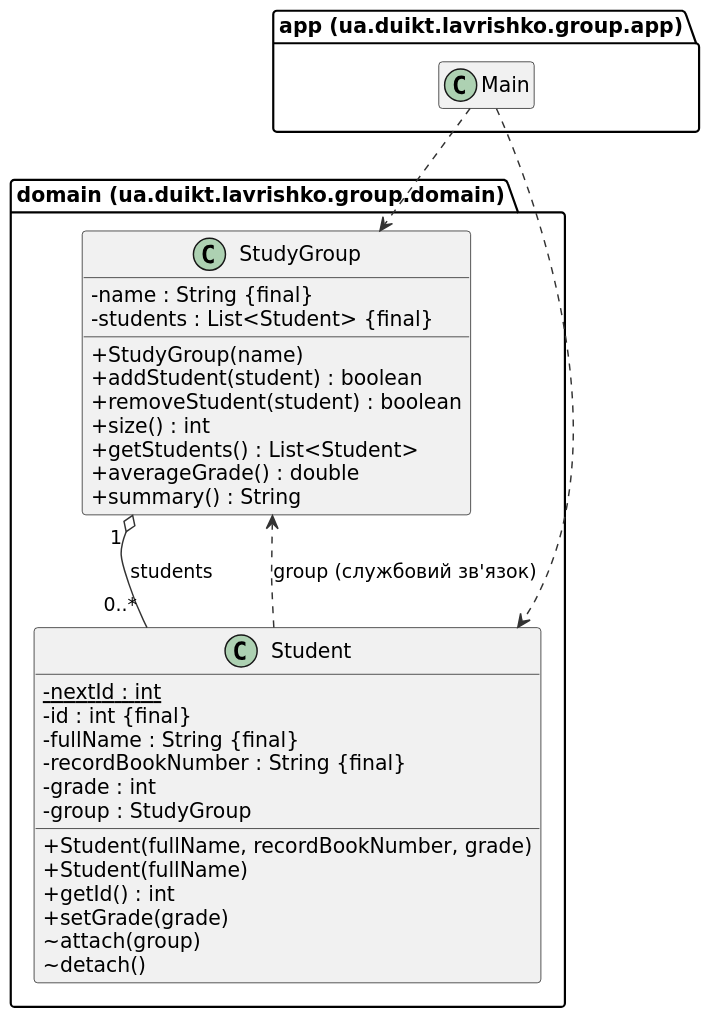
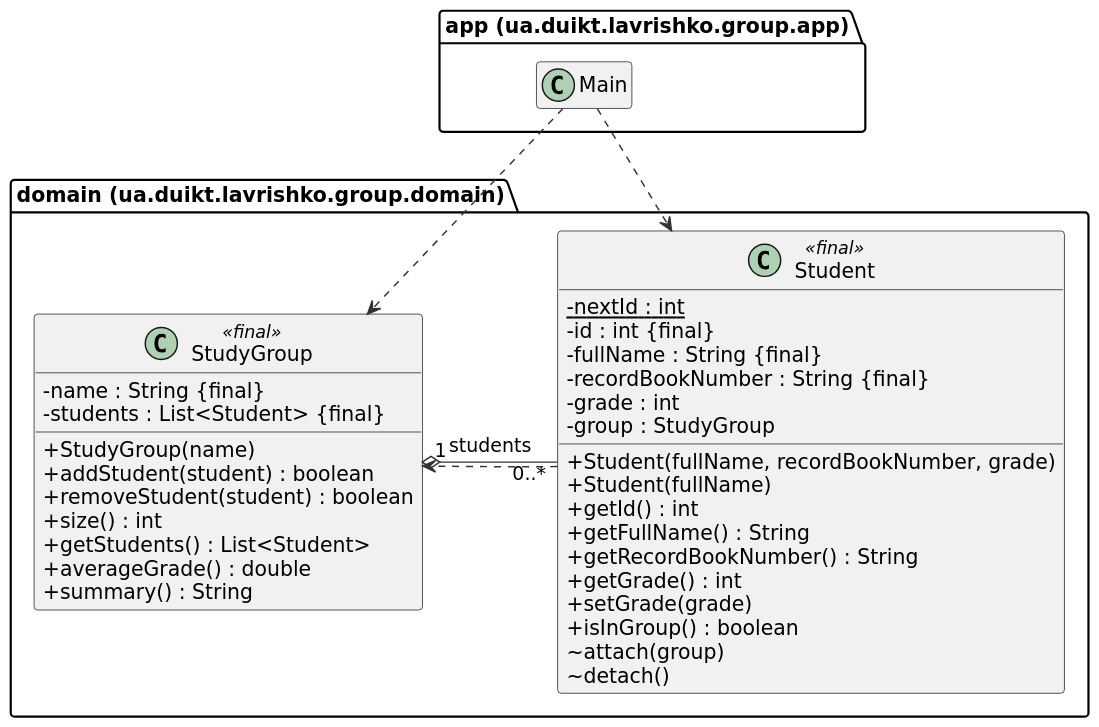
One commit to brizzinck/krinzhrepoduta changed the diagram in java/lr-2/diagrams/classes.puml. Above: the diagram before and after it, drawn with PlantUML. The commit also changed 158 other files, not shown here.

```diff
--- a/java/lr-2/diagrams/classes.puml
+++ b/java/lr-2/diagrams/classes.puml
@@ -1,45 +1,49 @@
 @startuml
 skinparam dpi 140
 skinparam defaultFontName DejaVu Sans
 skinparam shadowing false
 skinparam classAttributeIconSize 0
 skinparam ArrowColor #333333
 set separator none
 hide empty members
 
 package "domain (ua.duikt.lavrishko.group.domain)" {
-  class StudyGroup {
+  class StudyGroup <<final>> {
     -name : String {final}
     -students : List<Student> {final}
     +StudyGroup(name)
     +addStudent(student) : boolean
     +removeStudent(student) : boolean
     +size() : int
     +getStudents() : List<Student>
     +averageGrade() : double
     +summary() : String
   }
-  class Student {
+  class Student <<final>> {
     {static} -nextId : int
     -id : int {final}
     -fullName : String {final}
     -recordBookNumber : String {final}
     -grade : int
     -group : StudyGroup
     +Student(fullName, recordBookNumber, grade)
     +Student(fullName)
     +getId() : int
+    +getFullName() : String
+    +getRecordBookNumber() : String
+    +getGrade() : int
     +setGrade(grade)
+    +isInGroup() : boolean
     ~attach(group)
     ~detach()
   }
 }
 package "app (ua.duikt.lavrishko.group.app)" {
   class Main
 }
 
-StudyGroup "1" o-- "0..*" Student : students
-Student ..> StudyGroup : group (службовий зв'язок)
+StudyGroup "1" o-right- "0..*" Student : students
+Student ..> StudyGroup
 Main ..> StudyGroup
 Main ..> Student
 @enduml
```
